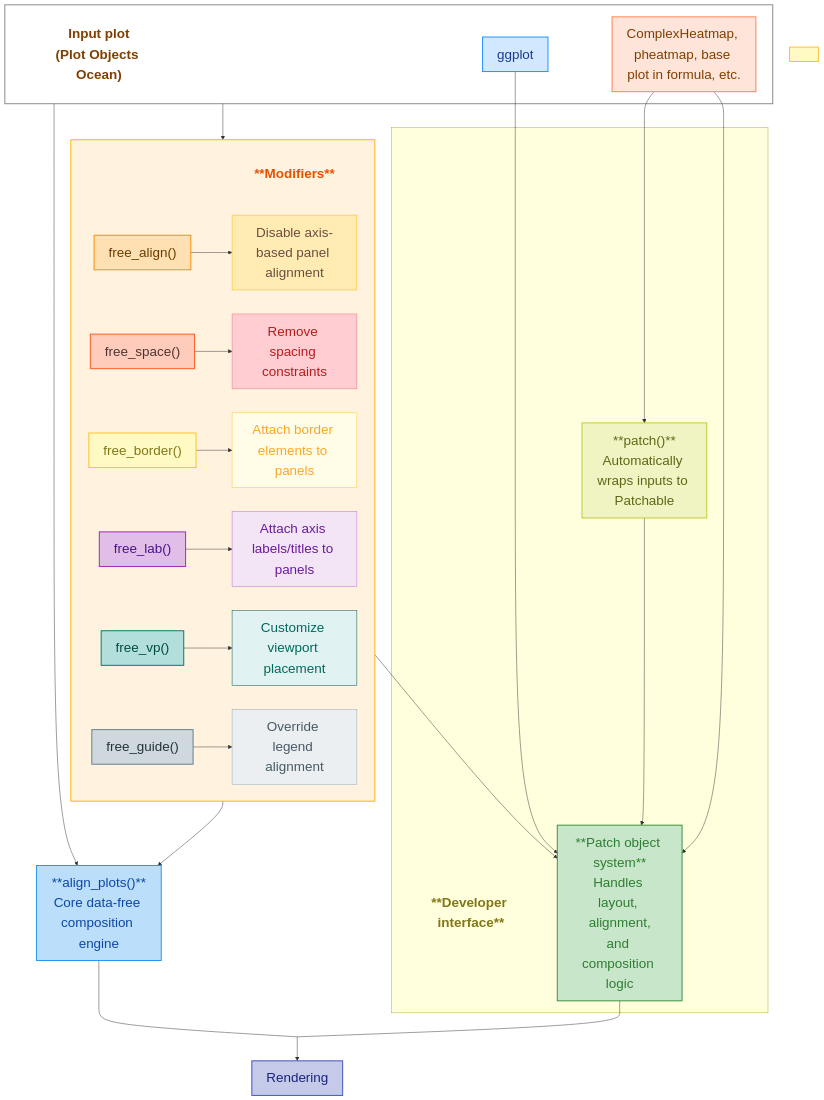
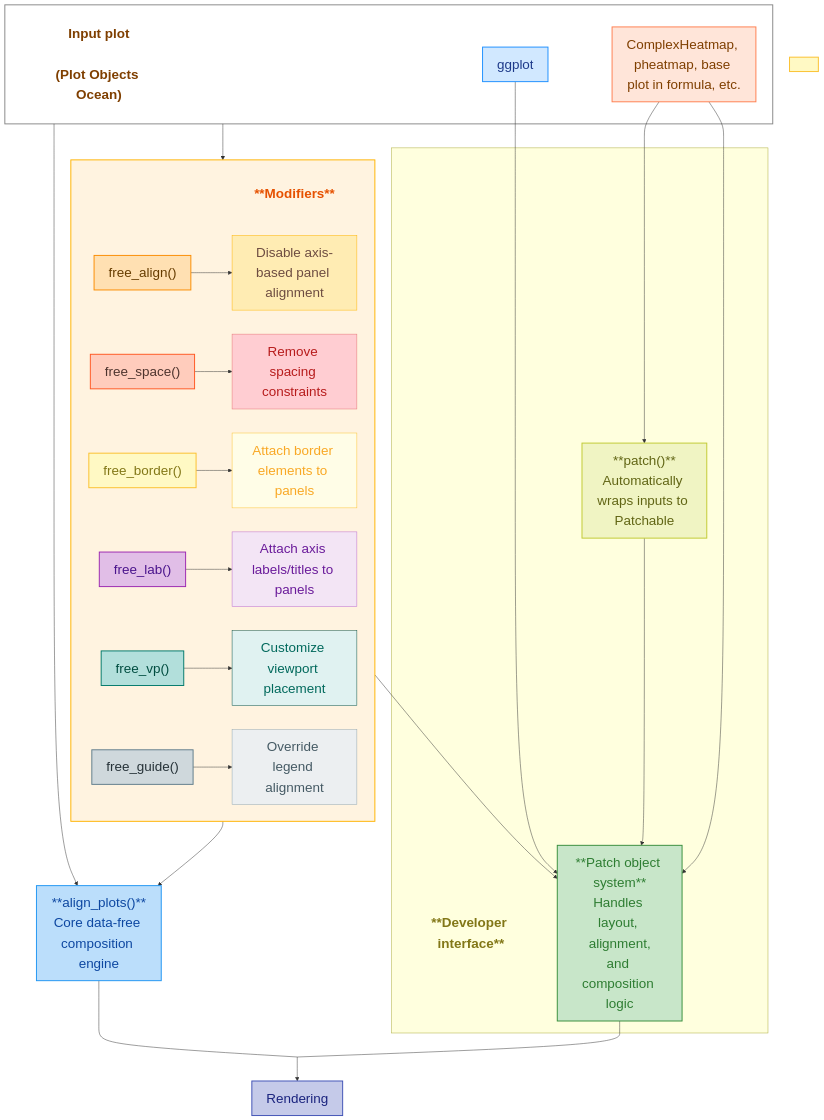
The first of 2 diagrams in introduction.qmd (Yunuuuu/ggalign-book), drawn with Mermaid before and after one commit. The commit also changed other lines of this file, not shown here.

```diff
--- a/introduction.qmd
+++ b/introduction.qmd
@@ -81,7 +81,7 @@
 flowchart TD
     %% Input Objects subgraph with title node
     subgraph InputObjects[" "]
-        InputTitle["Input plot<br>(Plot Objects Ocean)"]
+        InputTitle["Input plot<br><br>(Plot Objects Ocean)"]
         style InputTitle fill:none,stroke:none,color:#7F3F00,font-weight:bold,font-size:28px
         G["ggplot"]
         H["ComplexHeatmap, pheatmap, base plot in formula, etc."]
```
